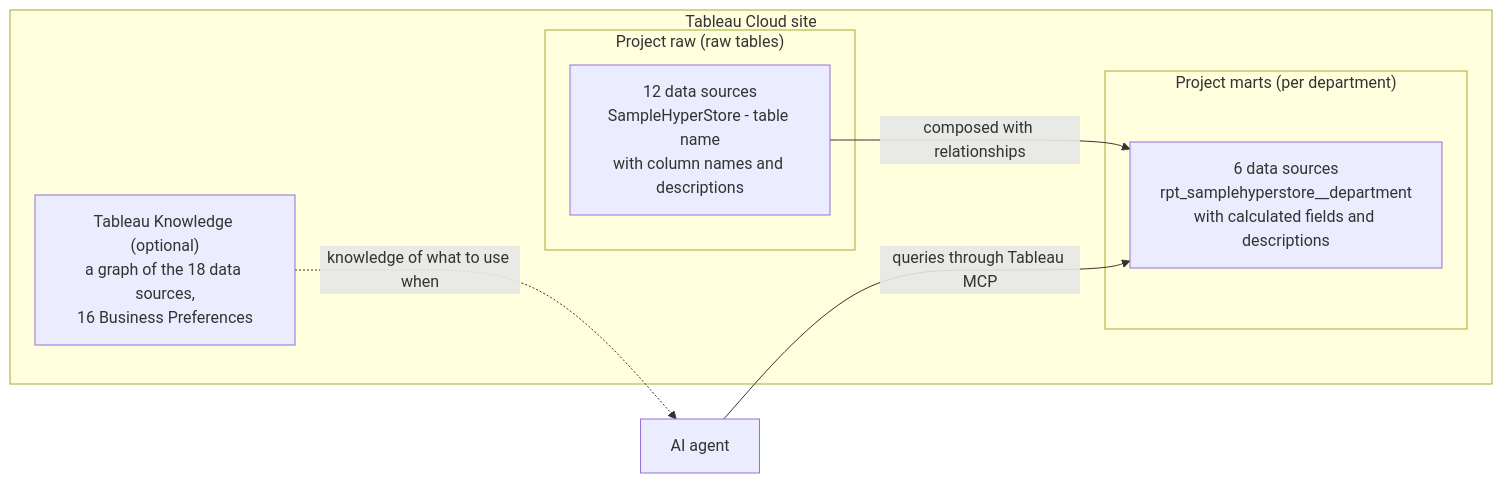
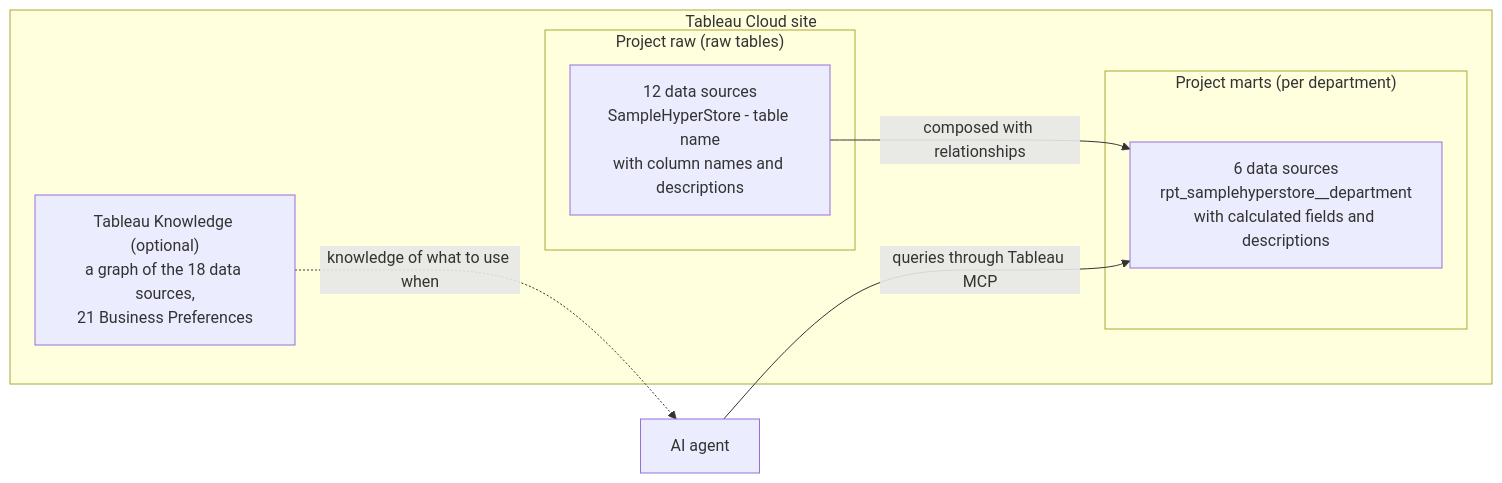
The fourth of 4 diagrams in en/README.md (YoshitakaArakawa/SampleHyperStore), drawn with Mermaid before and after one commit. The commit also changed 13 other files, not shown here.

````diff
--- a/en/README.md
+++ b/en/README.md
@@ -91,15 +91,15 @@
 ```mermaid
 flowchart LR
     subgraph site["Tableau Cloud site"]
         subgraph raw["Project raw (raw tables)"]
             R["12 data sources<br/>SampleHyperStore - table name<br/>with column names and descriptions"]
         end
         subgraph marts["Project marts (per department)"]
             M["6 data sources<br/>rpt_samplehyperstore__department<br/>with calculated fields and descriptions"]
         end
-        K["Tableau Knowledge (optional)<br/>a graph of the 18 data sources,<br/>16 Business Preferences"]
+        K["Tableau Knowledge (optional)<br/>a graph of the 18 data sources,<br/>21 Business Preferences"]
     end
     R -- "composed with relationships" --> M
     AI["AI agent"] -- "queries through Tableau MCP" --> M
     K -. "knowledge of what to use when" .-> AI
 ```
````
